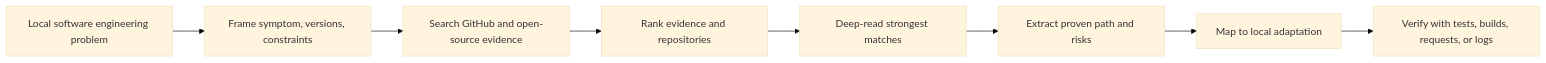
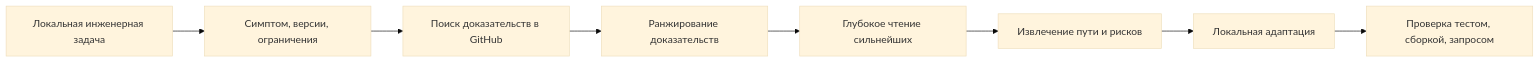
One commit to I1eanch/skills changed the diagram in README.md. Above: the diagram before and after it, drawn with Mermaid (base theme). The commit also changed other lines of this file and 6 other files, not shown here.

````diff
--- a/README.md
+++ b/README.md
@@ -89,10 +60,10 @@
 ```mermaid
 flowchart LR
-  A["Local software engineering problem"] --> B["Frame symptom, versions, constraints"]
-  B --> C["Search GitHub and open-source evidence"]
-  C --> D["Rank evidence and repositories"]
-  D --> E["Deep-read strongest matches"]
-  E --> F["Extract proven path and risks"]
-  F --> G["Map to local adaptation"]
-  G --> H["Verify with tests, builds, requests, or logs"]
+  A["Локальная инженерная задача"] --> B["Симптом, версии, ограничения"]
+  B --> C["Поиск доказательств в GitHub"]
+  C --> D["Ранжирование доказательств"]
+  D --> E["Глубокое чтение сильнейших"]
+  E --> F["Извлечение пути и рисков"]
+  F --> G["Локальная адаптация"]
+  G --> H["Проверка тестом, сборкой, запросом"]
 ```
````
